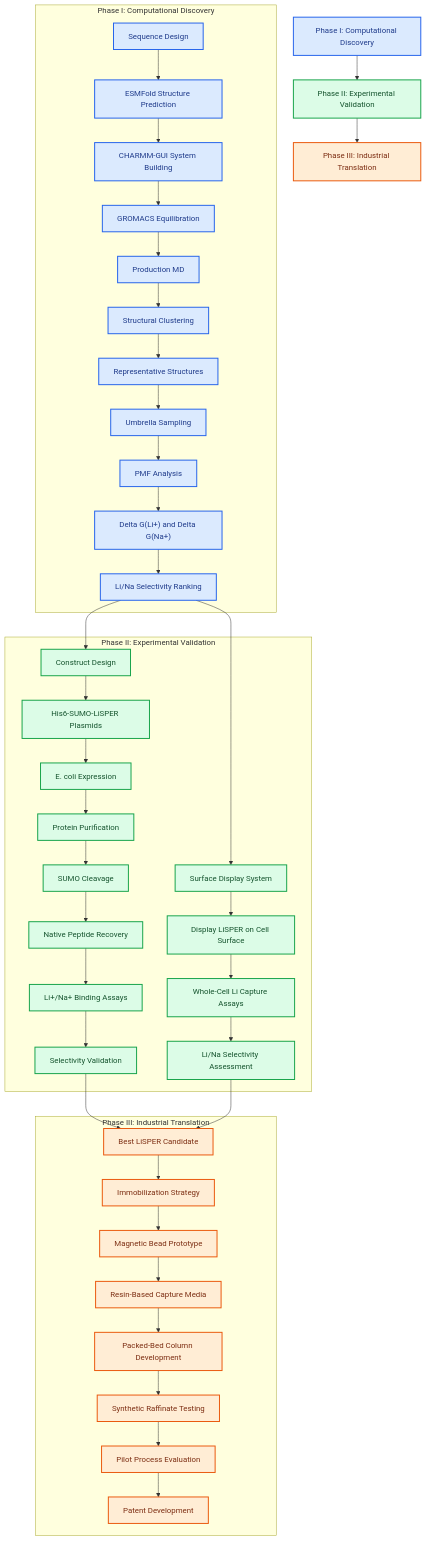
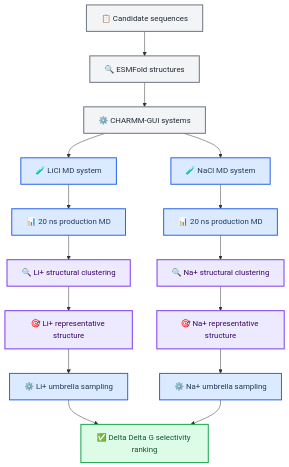
Before and after one commit to jackyissocute/LiSPER: the third of 4 diagrams in README.md, drawn with Mermaid. The commit also changed other lines of this file and 2 other files, not shown here.

````diff
--- a/README.md
+++ b/README.md
@@ -44,54 +138,30 @@
 ```mermaid
 flowchart TD
-    A["Phase I: Computational Discovery"] --> B["Phase II: Experimental Validation"]
-    B --> C["Phase III: Industrial Translation"]
+    accTitle: Computational Discovery Pipeline
+    accDescr: The computational workflow moves from candidate sequences through structure prediction, CHARMM-GUI setup, LiCl and NaCl molecular dynamics, clustering, umbrella sampling, and final selectivity ranking.
 
-    subgraph P1["Phase I: Computational Discovery"]
-        A1["Sequence Design"] --> A2["ESMFold Structure Prediction"]
-        A2 --> A3["CHARMM-GUI System Building"]
-        A3 --> A4["GROMACS Equilibration"]
-        A4 --> A5["Production MD"]
-        A5 --> A6["Structural Clustering"]
-        A6 --> A7["Representative Structures"]
-        A7 --> A8["Umbrella Sampling"]
-        A8 --> A9["PMF Analysis"]
-        A9 --> A10["Delta G(Li+) and Delta G(Na+)"]
-        A10 --> A11["Li/Na Selectivity Ranking"]
-    end
+    sequences[📋 Candidate sequences] --> esmfold[🔍 ESMFold structures]
+    esmfold --> charmm[⚙️ CHARMM-GUI systems]
+    charmm --> licl[🧪 LiCl MD system]
+    charmm --> nacl[🧪 NaCl MD system]
+    licl --> md_li[📊 20 ns production MD]
+    nacl --> md_na[📊 20 ns production MD]
+    md_li --> cluster_li[🔍 Li+ structural clustering]
+    md_na --> cluster_na[🔍 Na+ structural clustering]
+    cluster_li --> rep_li[🎯 Li+ representative structure]
+    cluster_na --> rep_na[🎯 Na+ representative structure]
+    rep_li --> pmf_li[⚙️ Li+ umbrella sampling]
+    rep_na --> pmf_na[⚙️ Na+ umbrella sampling]
+    pmf_li --> ranking[✅ Delta Delta G selectivity ranking]
+    pmf_na --> ranking
 
-    subgraph P2["Phase II: Experimental Validation"]
-        B1["Construct Design"] --> B2["His6-SUMO-LiSPER Plasmids"]
-        B2 --> B3["E. coli Expression"]
-        B3 --> B4["Protein Purification"]
-        B4 --> B5["SUMO Cleavage"]
-        B5 --> B6["Native Peptide Recovery"]
-        B6 --> B7["Li+/Na+ Binding Assays"]
-        B7 --> B8["Selectivity Validation"]
+    classDef input fill:#f3f4f6,stroke:#6b7280,stroke-width:2px,color:#1f2937
+    classDef simulation fill:#dbeafe,stroke:#2563eb,stroke-width:2px,color:#1e3a5f
+    classDef analysis fill:#ede9fe,stroke:#7c3aed,stroke-width:2px,color:#3b0764
+    classDef result fill:#dcfce7,stroke:#16a34a,stroke-width:2px,color:#14532d
 
-        B9["Surface Display System"] --> B10["Display LiSPER on Cell Surface"]
-        B10 --> B11["Whole-Cell Li Capture Assays"]
-        B11 --> B12["Li/Na Selectivity Assessment"]
-    end
-
-    subgraph P3["Phase III: Industrial Translation"]
-        C1["Best LiSPER Candidate"] --> C2["Immobilization Strategy"]
-        C2 --> C3["Magnetic Bead Prototype"]
-        C3 --> C4["Resin-Based Capture Media"]
-        C4 --> C5["Packed-Bed Column Development"]
-        C5 --> C6["Synthetic Raffinate Testing"]
-        C6 --> C7["Pilot Process Evaluation"]
-        C7 --> C8["Patent Development"]
-    end
-
-    A11 --> B1
-    A11 --> B9
-    B8 --> C1
-    B12 --> C1
-
-    classDef computational fill:#dbeafe,stroke:#2563eb,stroke-width:2px,color:#1e3a8a
-    classDef experimental fill:#dcfce7,stroke:#16a34a,stroke-width:2px,color:#14532d
-    classDef industrial fill:#ffedd5,stroke:#ea580c,stroke-width:2px,color:#7c2d12
-    class A,A1,A2,A3,A4,A5,A6,A7,A8,A9,A10,A11 computational
-    class B,B1,B2,B3,B4,B5,B6,B7,B8,B9,B10,B11,B12 experimental
-    class C,C1,C2,C3,C4,C5,C6,C7,C8 industrial
+    class sequences,esmfold,charmm input
+    class licl,nacl,md_li,md_na,pmf_li,pmf_na simulation
+    class cluster_li,cluster_na,rep_li,rep_na analysis
+    class ranking result
 ```
````
